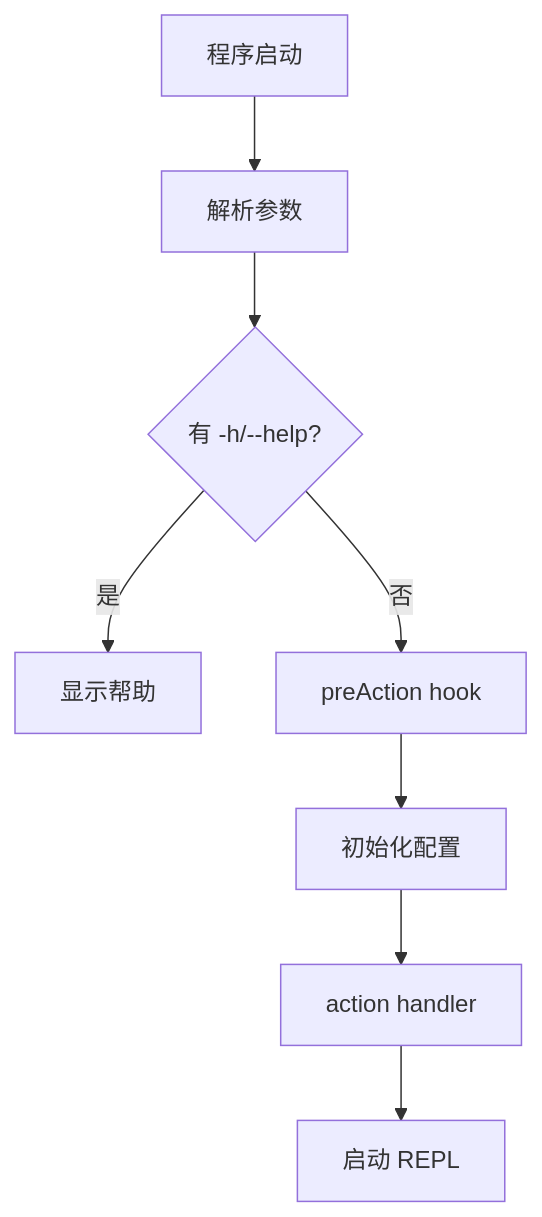
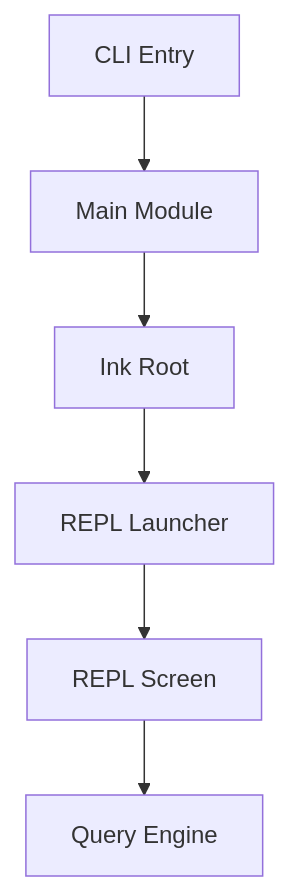
One commit to friendlyhank/claude-code-annotated changed the diagram in notes/reviews/02-core-interaction-layer.md. Above: the diagram before and after it, drawn with Mermaid. The commit also changed other lines of this file and 15 other files, not shown here.

Commit message:
feat: wire REPL to query loop; rebuild reviews

````diff
--- a/notes/reviews/02-core-interaction-layer.md
+++ b/notes/reviews/02-core-interaction-layer.md
@@ -21,10 +18,8 @@
 ```mermaid
 flowchart TB
-    Start[程序启动] --> Parse[解析参数]
-    Parse --> Check{有 -h/--help?}
-    Check -->|是| Help[显示帮助]
-    Check -->|否| PreAction[preAction hook]
-    PreAction --> Init[初始化配置]
-    Init --> Action[action handler]
-    Action --> REPL[启动 REPL]
+    CLIEntry[CLI Entry] --> Main[Main Module]
+    Main --> Root[Ink Root]
+    Root --> Launcher[REPL Launcher]
+    Launcher --> Repl[REPL Screen]
+    Repl --> Query[Query Engine]
 ```
````
